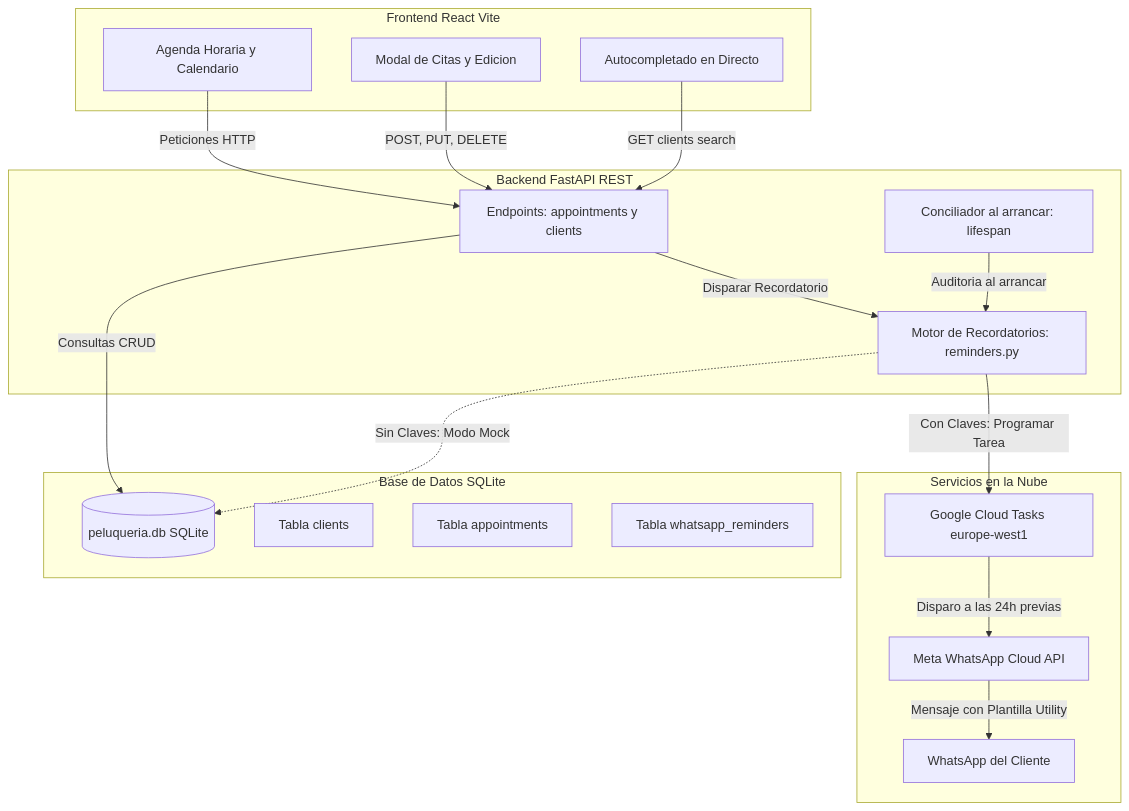
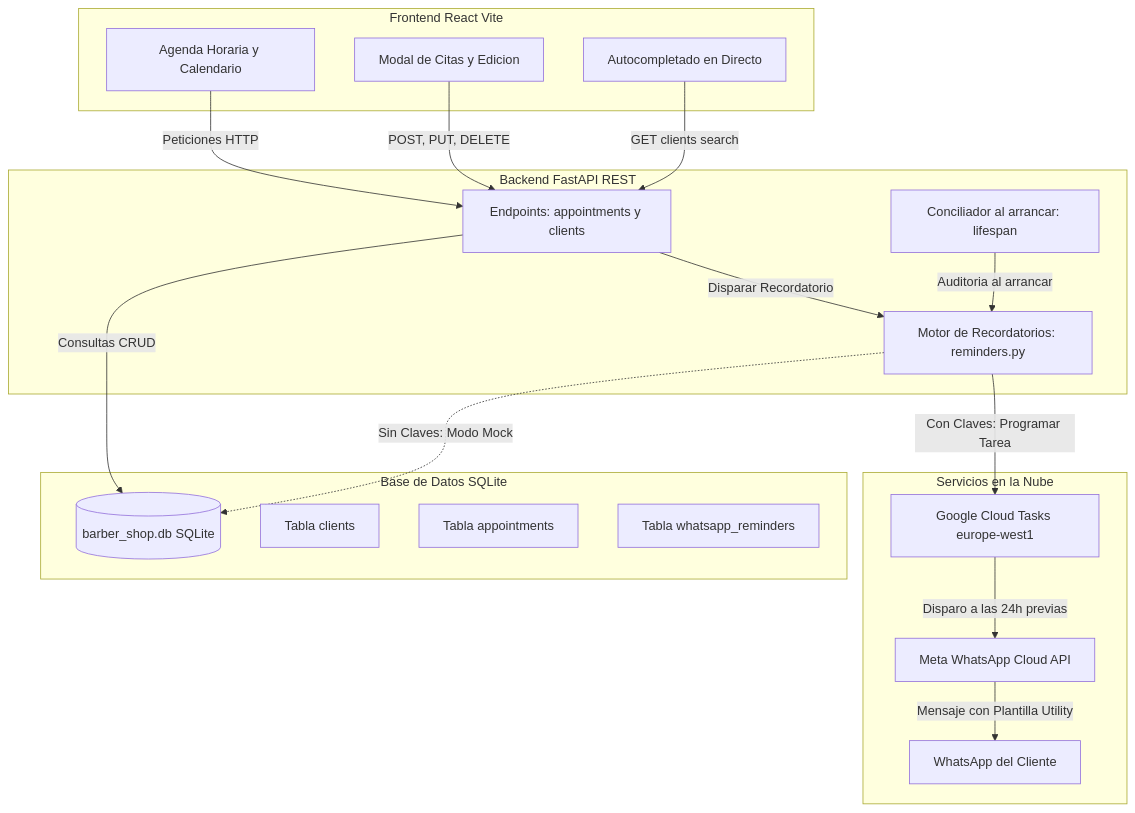
The diagram in README_es.md (pabloneiras/barber-shop), drawn with Mermaid before and after one commit. The commit also changed 26 other files, not shown here.

Commit message:
refactor: anonymize brand to Barber Shop, add bilingual UI toggle, and auto-build launcher

````diff
--- a/README_es.md
+++ b/README_es.md
@@ -48,40 +48,40 @@
 ```mermaid
 flowchart TD
     subgraph Frontend["Frontend React Vite"]
         UI["Agenda Horaria y Calendario"]
         Modal["Modal de Citas y Edicion"]
         Search["Autocompletado en Directo"]
     end
 
     subgraph Backend["Backend FastAPI REST"]
         Router["Endpoints: appointments y clients"]
         Lifespan["Conciliador al arrancar: lifespan"]
         RemEngine["Motor de Recordatorios: reminders.py"]
     end
 
     subgraph Storage["Base de Datos SQLite"]
-        DB[("peluqueria.db SQLite")]
+        DB[("barber_shop.db SQLite")]
         T_Clients["Tabla clients"]
         T_Appts["Tabla appointments"]
         T_Reminders["Tabla whatsapp_reminders"]
     end
 
     subgraph Cloud["Servicios en la Nube"]
         GCP["Google Cloud Tasks europe-west1"]
         Meta["Meta WhatsApp Cloud API"]
         ClientPhone["WhatsApp del Cliente"]
     end
 
     UI -->|"Peticiones HTTP"| Router
     Modal -->|"POST, PUT, DELETE"| Router
     Search -->|"GET clients search"| Router
 
     Router -->|"Consultas CRUD"| DB
     Router -->|"Disparar Recordatorio"| RemEngine
     Lifespan -->|"Auditoria al arrancar"| RemEngine
 
     RemEngine -.->|"Sin Claves: Modo Mock"| DB
     RemEngine -->|"Con Claves: Programar Tarea"| GCP
     GCP -->|"Disparo a las 24h previas"| Meta
     Meta -->|"Mensaje con Plantilla Utility"| ClientPhone
 ```
````
